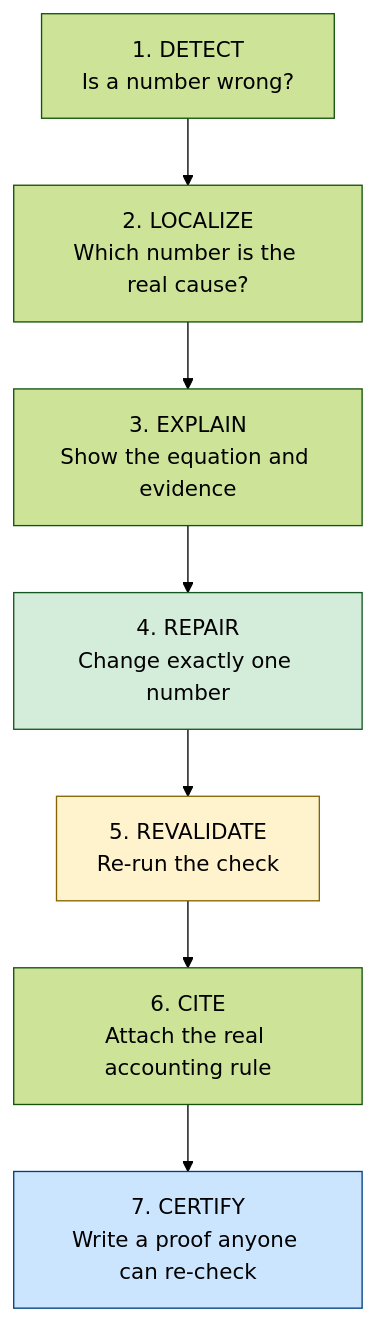
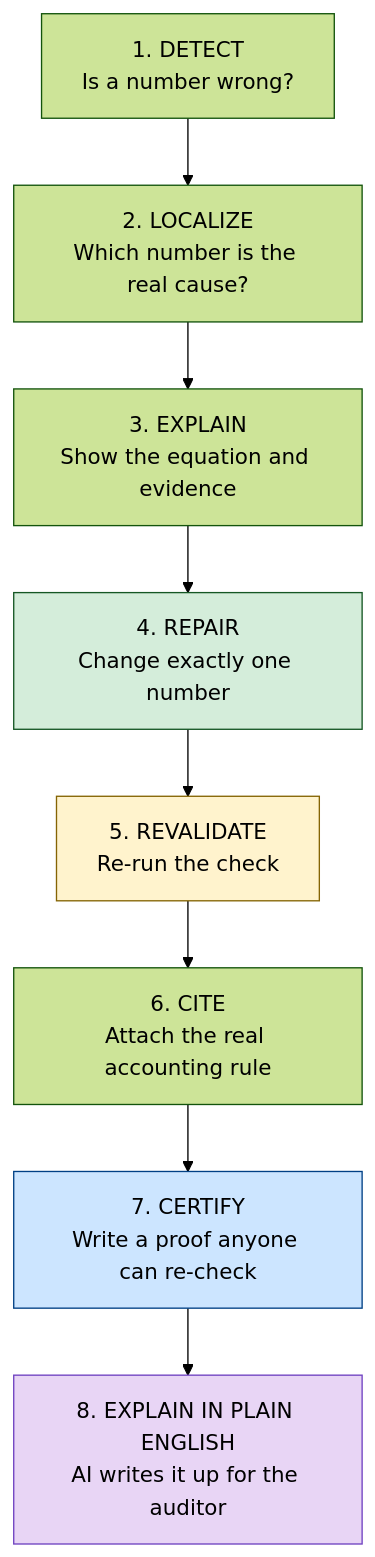
Before and after one commit to dakshkashyap/financial-audit-capstone: the first of 3 diagrams in PRESENTATION.md, drawn with Mermaid (forest theme). The commit also changed other lines of this file, not shown here.

````diff
--- a/PRESENTATION.md
+++ b/PRESENTATION.md
@@ -69,13 +69,15 @@
 ```mermaid
 flowchart TB
     A["1. DETECT<br/>Is a number wrong?"] --> B["2. LOCALIZE<br/>Which number is the real cause?"]
     B --> C["3. EXPLAIN<br/>Show the equation and evidence"]
     C --> D["4. REPAIR<br/>Change exactly one number"]
     D --> E["5. REVALIDATE<br/>Re-run the check"]
     E --> F["6. CITE<br/>Attach the real accounting rule"]
     F --> G["7. CERTIFY<br/>Write a proof anyone can re-check"]
+    G --> H["8. EXPLAIN IN PLAIN ENGLISH<br/>AI writes it up for the auditor"]
 
     style D fill:#d4edda,stroke:#155724
     style E fill:#fff3cd,stroke:#856404
     style G fill:#cce5ff,stroke:#004085
+    style H fill:#e8d5f5,stroke:#6f42c1
 ```
````
